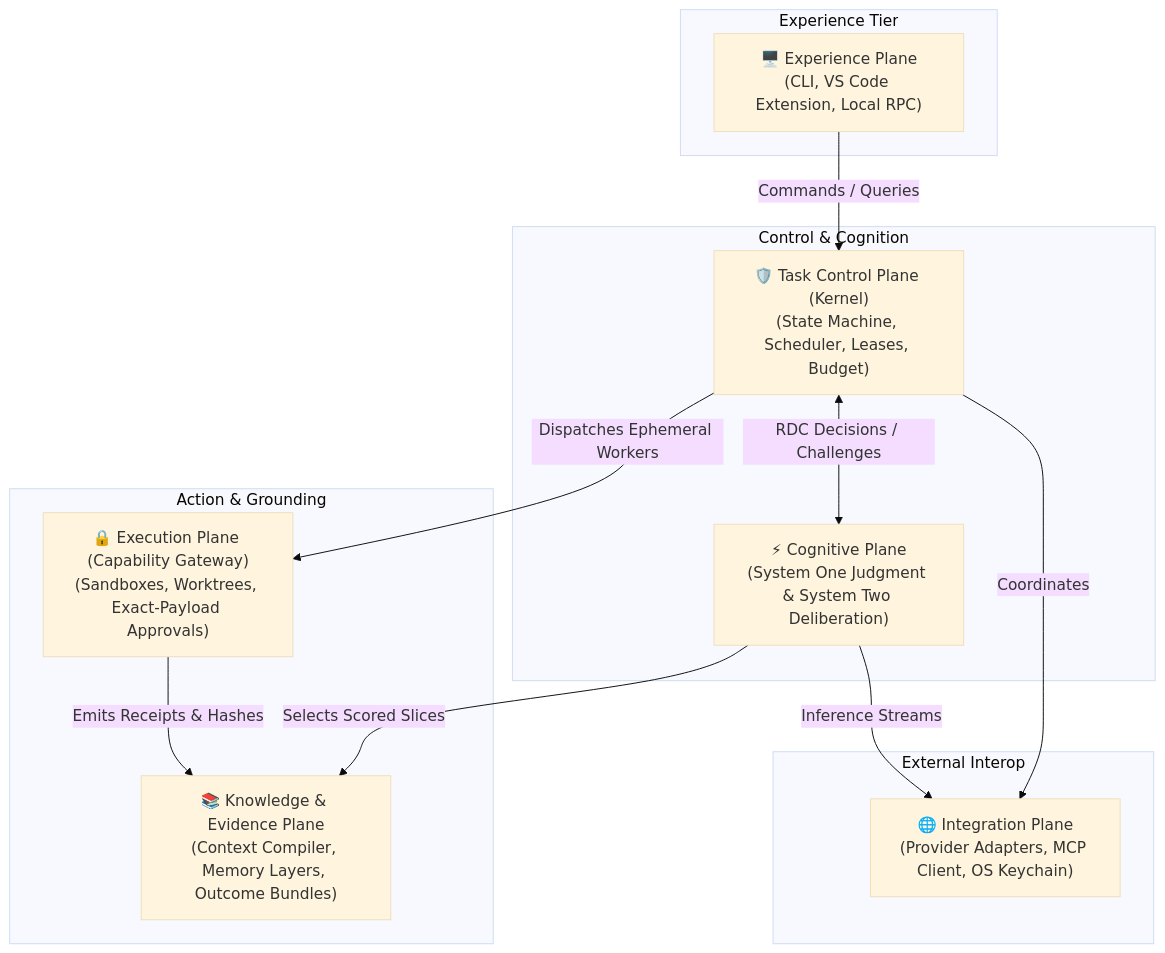
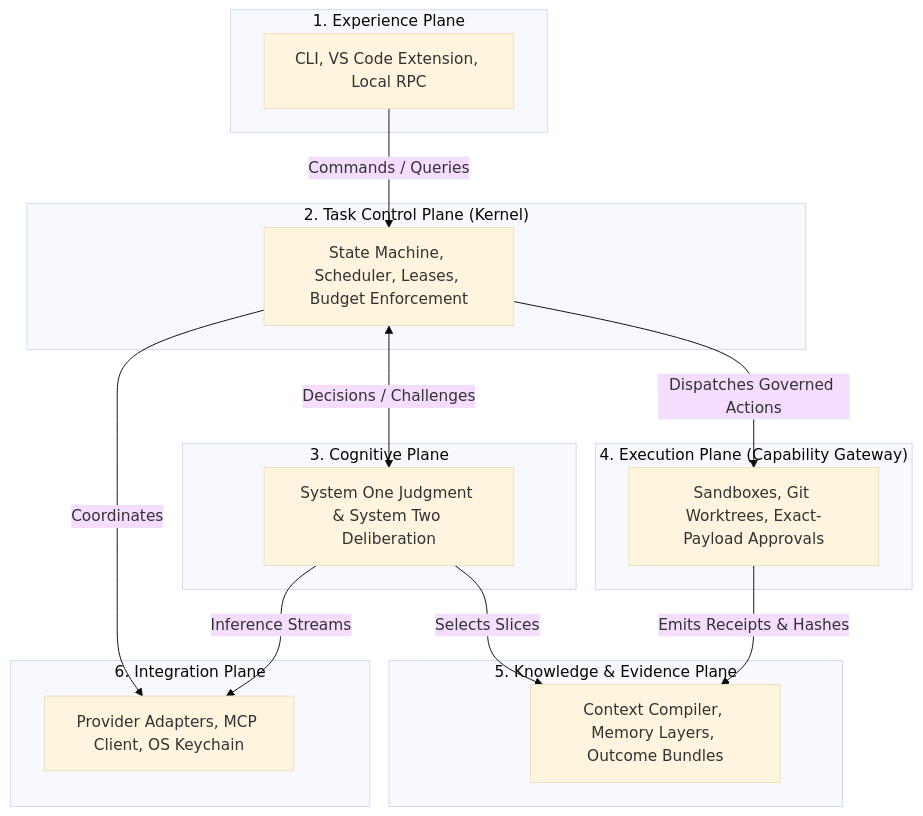
The first of 2 diagrams in README.md (civi0411/Custos), drawn with Mermaid (base theme) before and after one commit. The commit also changed other lines of this file and 6 other files, not shown here.

````diff
--- a/README.md
+++ b/README.md
@@ -135,34 +69,34 @@
 ```mermaid
 flowchart TB
-    subgraph UI["Experience Tier"]
-        EP["🖥️ Experience Plane
-(CLI, VS Code Extension, Local RPC)"]
+    subgraph Experience["1. Experience Plane"]
+        EP["CLI, VS Code Extension, Local RPC"]
     end
     
-    subgraph Core["Control & Cognition"]
-        TCP["🛡️ Task Control Plane (Kernel)
-(State Machine, Scheduler, Leases, Budget)"]
-        CP["⚡ Cognitive Plane
-(System One Judgment & System Two Deliberation)"]
+    subgraph Control["2. Task Control Plane (Kernel)"]
+        TCP["State Machine, Scheduler, Leases, Budget Enforcement"]
     end
     
-    subgraph Execution["Action & Grounding"]
-        EXP["🔒 Execution Plane (Capability Gateway)
-(Sandboxes, Worktrees, Exact-Payload Approvals)"]
-        KEP["📚 Knowledge & Evidence Plane
-(Context Compiler, Memory Layers, Outcome Bundles)"]
+    subgraph Cognitive["3. Cognitive Plane"]
+        CP["System One Judgment & System Two Deliberation"]
     end
     
-    subgraph Boundary["External Interop"]
-        IP["🌐 Integration Plane
-(Provider Adapters, MCP Client, OS Keychain)"]
+    subgraph Execution["4. Execution Plane (Capability Gateway)"]
+        EXP["Sandboxes, Git Worktrees, Exact-Payload Approvals"]
+    end
+
+    subgraph Knowledge["5. Knowledge & Evidence Plane"]
+        KEP["Context Compiler, Memory Layers, Outcome Bundles"]
+    end
+    
+    subgraph Integration["6. Integration Plane"]
+        IP["Provider Adapters, MCP Client, OS Keychain"]
     end
 
     EP -->|"Commands / Queries"| TCP
-    TCP <-->|"RDC Decisions / Challenges"| CP
-    TCP -->|"Dispatches Ephemeral Workers"| EXP
-    CP -->|"Selects Scored Slices"| KEP
+    TCP <-->|"Decisions / Challenges"| CP
+    TCP -->|"Dispatches Governed Actions"| EXP
+    CP -->|"Selects Slices"| KEP
     EXP -->|"Emits Receipts & Hashes"| KEP
     TCP -->|"Coordinates"| IP
     CP -->|"Inference Streams"| IP
 ```
````
